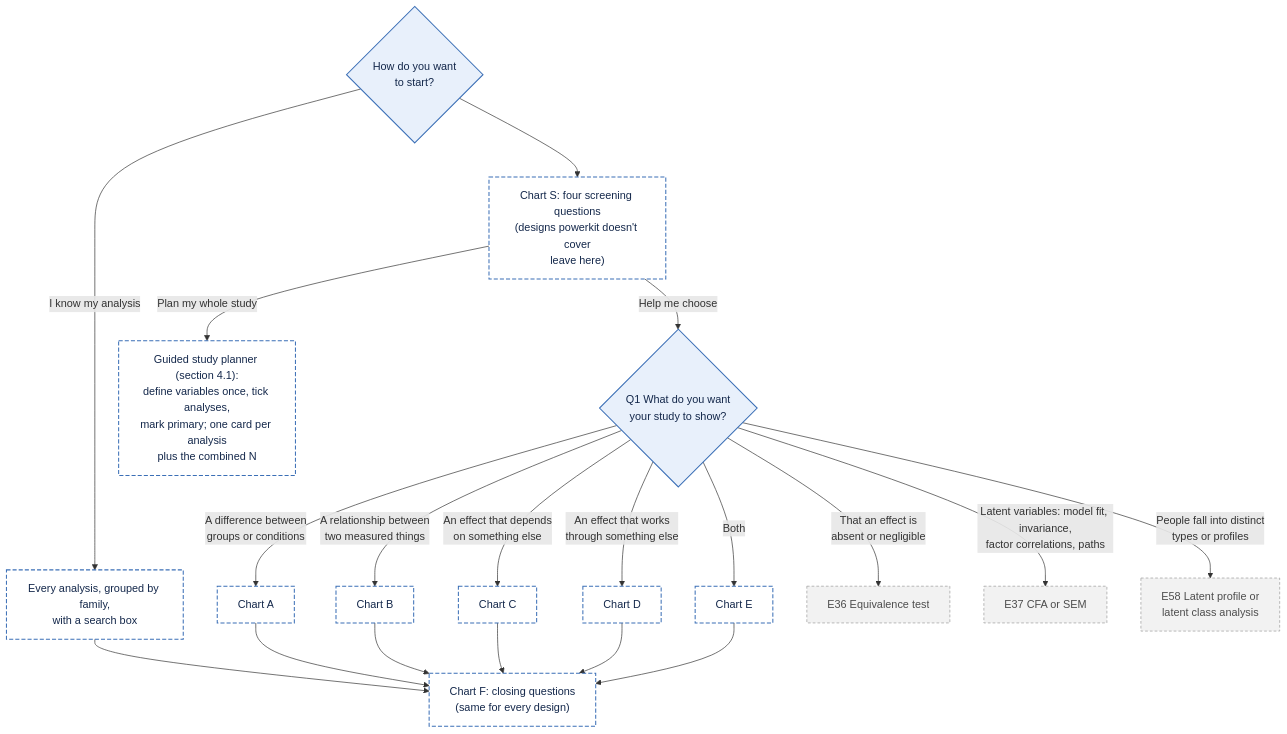
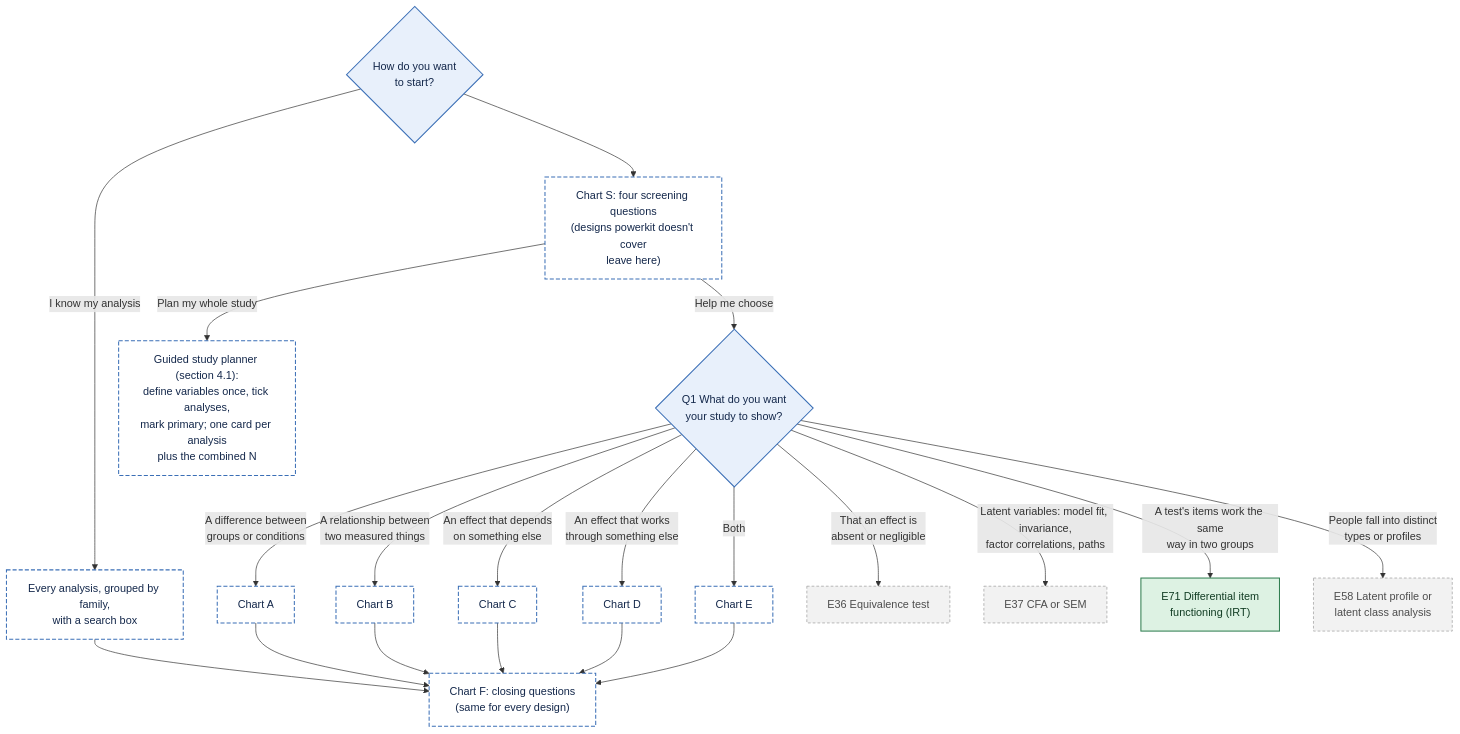
One commit to JoelThornton/Powerkit changed the second of 11 diagrams in docs/decision-tree.md. Above: the diagram before and after it, drawn with Mermaid. The commit also changed other lines of this file and 35 other files, not shown here.

First line of the commit message:
Differential item functioning in a 2PL IRT model (E71)

````diff
--- a/docs/decision-tree.md
+++ b/docs/decision-tree.md
@@ -279,30 +279,32 @@
 ```mermaid
 flowchart TD
   S0{"How do you want<br/>to start?"}
   S0 -->|I know my analysis| SC["Every analysis, grouped by family,<br/>with a search box"]
   S0 --> SCR["Chart S: four screening questions<br/>(designs powerkit doesn't cover<br/>leave here)"]
   SCR -->|Help me choose| Q1{"Q1 What do you want<br/>your study to show?"}
   SCR -->|Plan my whole study| G["Guided study planner (section 4.1):<br/>define variables once, tick analyses,<br/>mark primary; one card per analysis<br/>plus the combined N"]
   Q1 -->|A difference between<br/>groups or conditions| A["Chart A"]
   Q1 -->|A relationship between<br/>two measured things| B["Chart B"]
   Q1 -->|An effect that depends<br/>on something else| C["Chart C"]
   Q1 -->|An effect that works<br/>through something else| D["Chart D"]
   Q1 -->|Both| E["Chart E"]
   Q1 -->|That an effect is<br/>absent or negligible| E36["E36 Equivalence test"]
   Q1 -->|Latent variables: model fit, invariance,<br/>factor correlations, paths| E37["E37 CFA or SEM"]
+  Q1 -->|A test's items work the same<br/>way in two groups| E71["E71 Differential item<br/>functioning (IRT)"]
   Q1 -->|People fall into distinct<br/>types or profiles| E58["E58 Latent profile or<br/>latent class analysis"]
   SC --> F["Chart F: closing questions<br/>(same for every design)"]
   A --> F
   B --> F
   C --> F
   D --> F
   E --> F
   class S0,Q1 q
   class SC,SCR,A,B,C,D,E,F,G jump
   class E36,E37,E58 later
+  class E71 avail
   classDef q fill:#E8F0FB,stroke:#3B6FB6,color:#14284B,stroke-width:1.5px
   classDef avail fill:#DDF2E3,stroke:#2E7D4F,color:#123D24,stroke-width:1.5px
   classDef spec fill:#FFF0D1,stroke:#B97A00,color:#4A3200,stroke-width:1.5px
   classDef later fill:#F2F2F2,stroke:#9A9A9A,color:#4D4D4D,stroke-width:1px,stroke-dasharray:4 3
   classDef jump fill:#FFFFFF,stroke:#3B6FB6,color:#14284B,stroke-width:1.5px,stroke-dasharray:6 3
 ```
````
